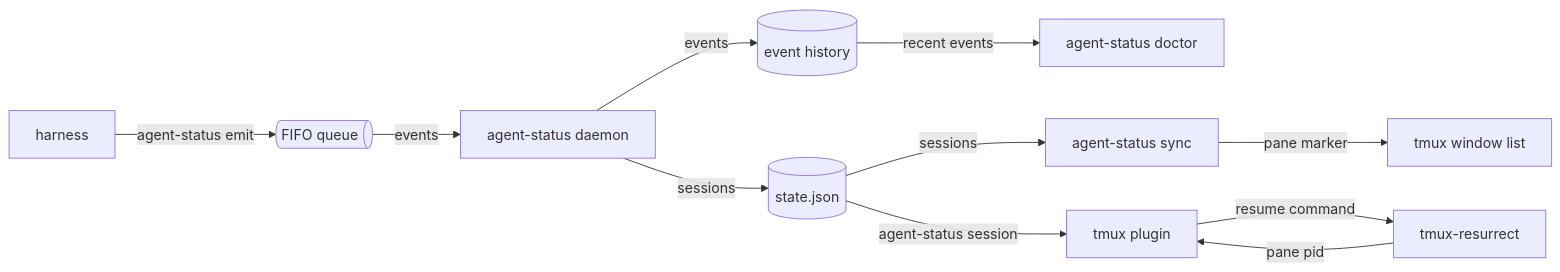
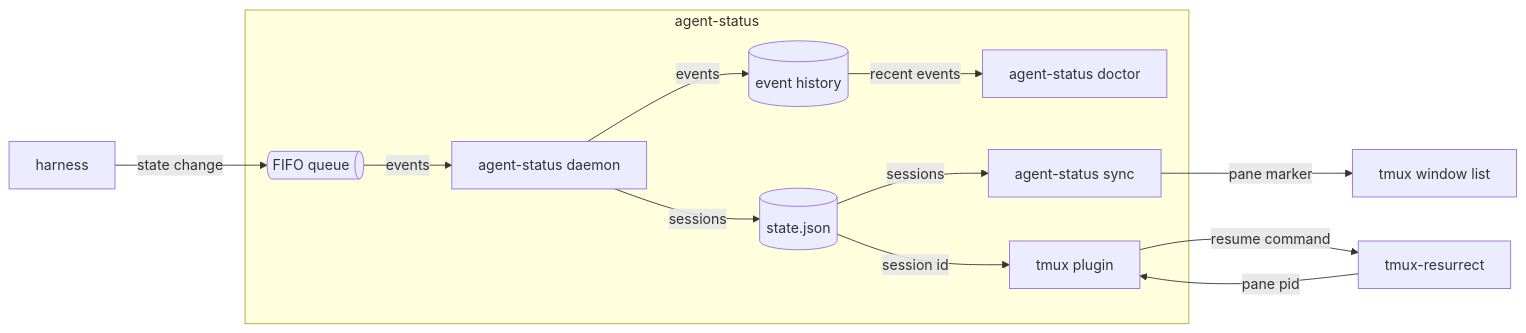
One commit to jvrsantacruz/agent-status changed the first of 2 diagrams in docs/systems/agent-status/agent-status-spec.md. Above: the diagram before and after it, drawn with Mermaid. The commit also changed other lines of this file, not shown here.

Commit message:
docs: overview arrows name what moves, an agent-status boundary, a kept for column

````diff
--- a/docs/systems/agent-status/agent-status-spec.md
+++ b/docs/systems/agent-status/agent-status-spec.md
@@ -14,13 +13,15 @@
 ```mermaid
 flowchart LR
-  agent[harness] -- agent-status emit --> fifo@{ shape: h-cyl, label: "FIFO queue" }
-  fifo -- events --> daemon[agent-status daemon]
-  daemon -- events --> db[(event history)]
-  db -- recent events --> doctor[agent-status doctor]
-  daemon -- sessions --> state[(state.json)]
-  state -- sessions --> sync[agent-status sync]
+  agent[harness] -- state change --> fifo
+  subgraph agent-status
+    fifo@{ shape: h-cyl, label: "FIFO queue" } -- events --> daemon[agent-status daemon]
+    daemon -- events --> db[(event history)]
+    db -- recent events --> doctor[agent-status doctor]
+    daemon -- sessions --> state[(state.json)]
+    state -- sessions --> sync[agent-status sync]
+    state -- session id --> plugin[tmux plugin]
+  end
   sync -- pane marker --> tmux[tmux window list]
-  state -- agent-status session --> plugin[tmux plugin]
   resurrect[tmux-resurrect] -- pane pid --> plugin
   plugin -- resume command --> resurrect
 ```
````
